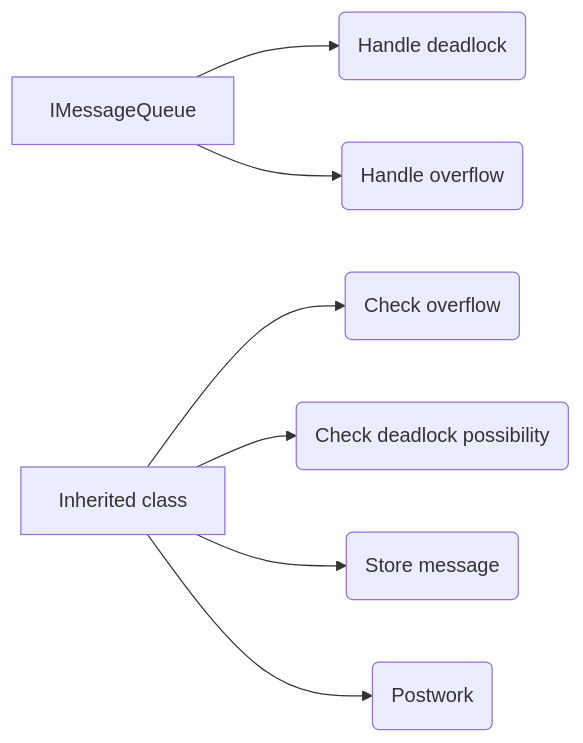
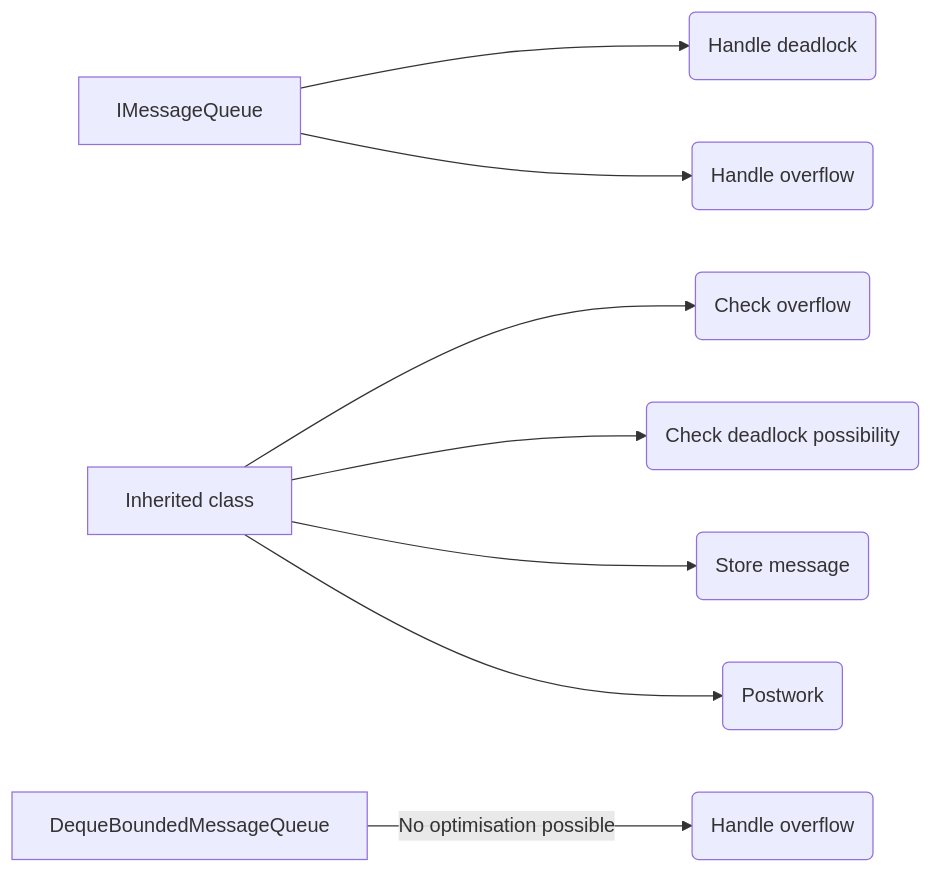
The third of 3 diagrams in ADR.md (R185/message_queue_practical), drawn with Mermaid before and after one commit. The commit also changed other lines of this file, not shown here.

Commit message:
docs(adr): added information about overriding overflow handling by deque bound message queue

````diff
--- a/ADR.md
+++ b/ADR.md
@@ -126,9 +129,11 @@
 ``` mermaid
 flowchart LR
     A[IMessageQueue] --> M3(Handle deadlock)
     A --> M4(Handle overflow)
     B[Inherited class] --> M1(Check overflow)
     B --> M2(Check deadlock possibility)
     B --> M5(Store message)
     B --> M6(Postwork)
+
+    C[DequeBoundedMessageQueue] -->|No optimisation possible| M7(Handle overflow)
 ```
````
